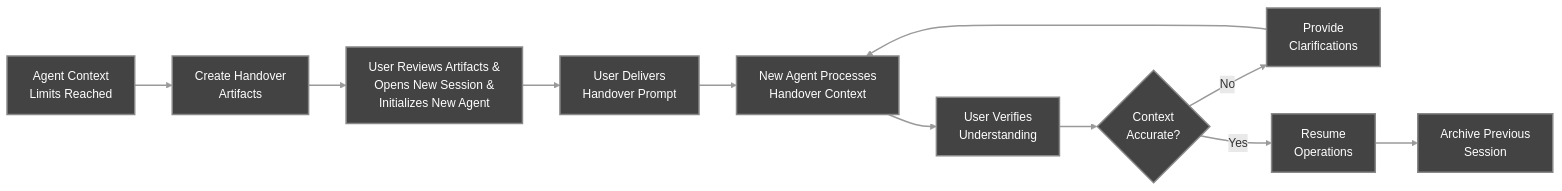
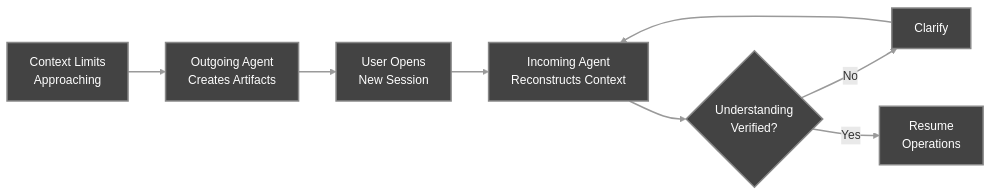
Before and after one commit to sdi2200262/agentic-project-management: the third of 3 diagrams in docs/Workflow_Overview.md, drawn with Mermaid. The commit also changed other lines of this file and 5 other files, not shown here.

````diff
--- a/docs/Workflow_Overview.md
+++ b/docs/Workflow_Overview.md
@@ -181,16 +206,13 @@
 ```mermaid
 graph LR
-    A[Agent Context<br/>Limits Reached] --> B[Create Handover<br/>Artifacts]
-    B --> C[User Reviews Artifacts &<br/>Opens New Session &<br/>Initializes New Agent]
-    C --> D[User Delivers<br/>Handover Prompt]
-    D --> E[New Agent Processes<br/>Handover Context]
-    E --> F[User Verifies<br/>Understanding]
-    F --> G{Context<br/>Accurate?}
-    G -->|No| H[Provide<br/>Clarifications]
-    H --> E
-    G -->|Yes| I[Resume<br/>Operations]
-    I --> J[Archive Previous<br/>Session]
-    
+    A[Context Limits<br/>Approaching] --> B[Outgoing Agent<br/>Creates Artifacts]
+    B --> C[User Opens<br/>New Session]
+    C --> D[Incoming Agent<br/>Reconstructs Context]
+    D --> E{Understanding<br/>Verified?}
+    E -->|No| F[Clarify]
+    F --> D
+    E -->|Yes| G[Resume<br/>Operations]
+
     classDef default fill:#434343,stroke:#888888,stroke-width:2px,color:#ffffff
     linkStyle default stroke:#9A9A9A,stroke-width:2px
 ```
````
